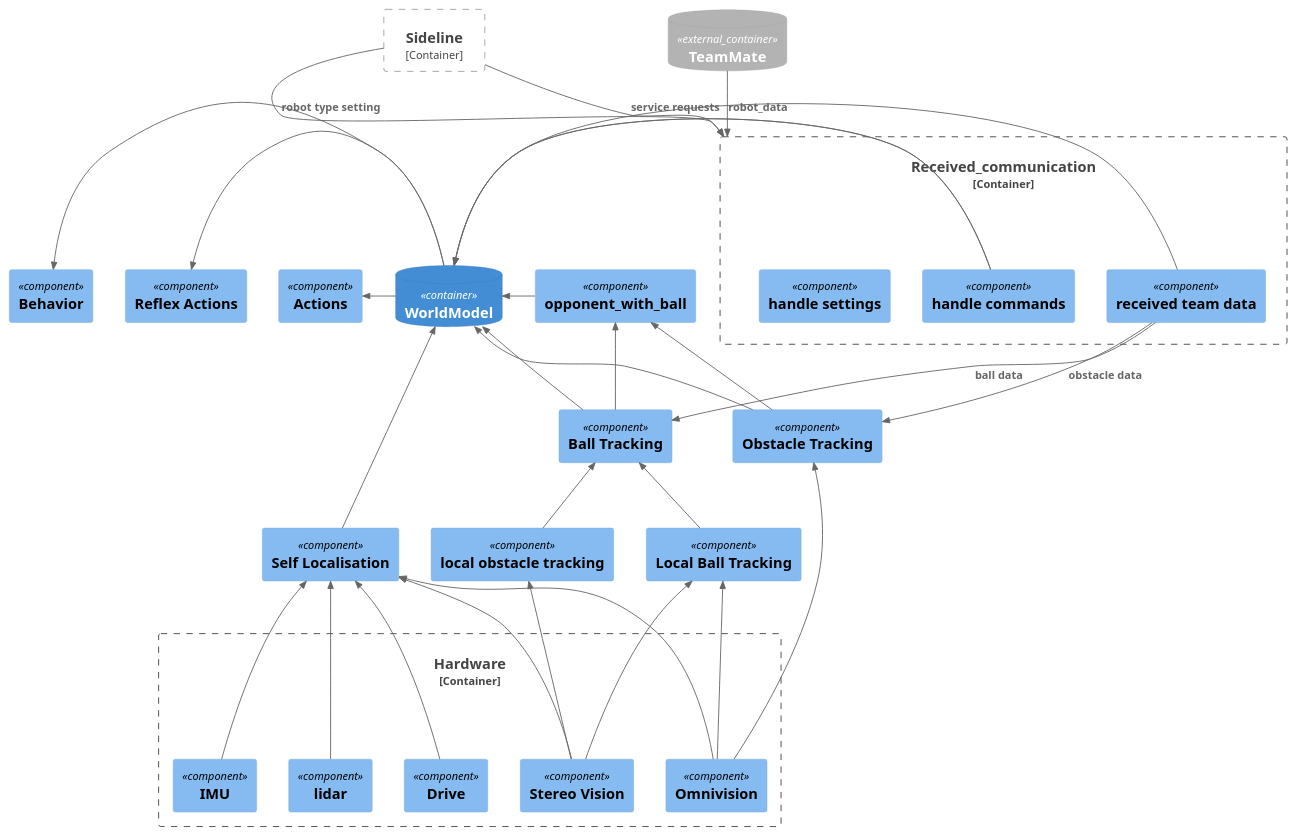
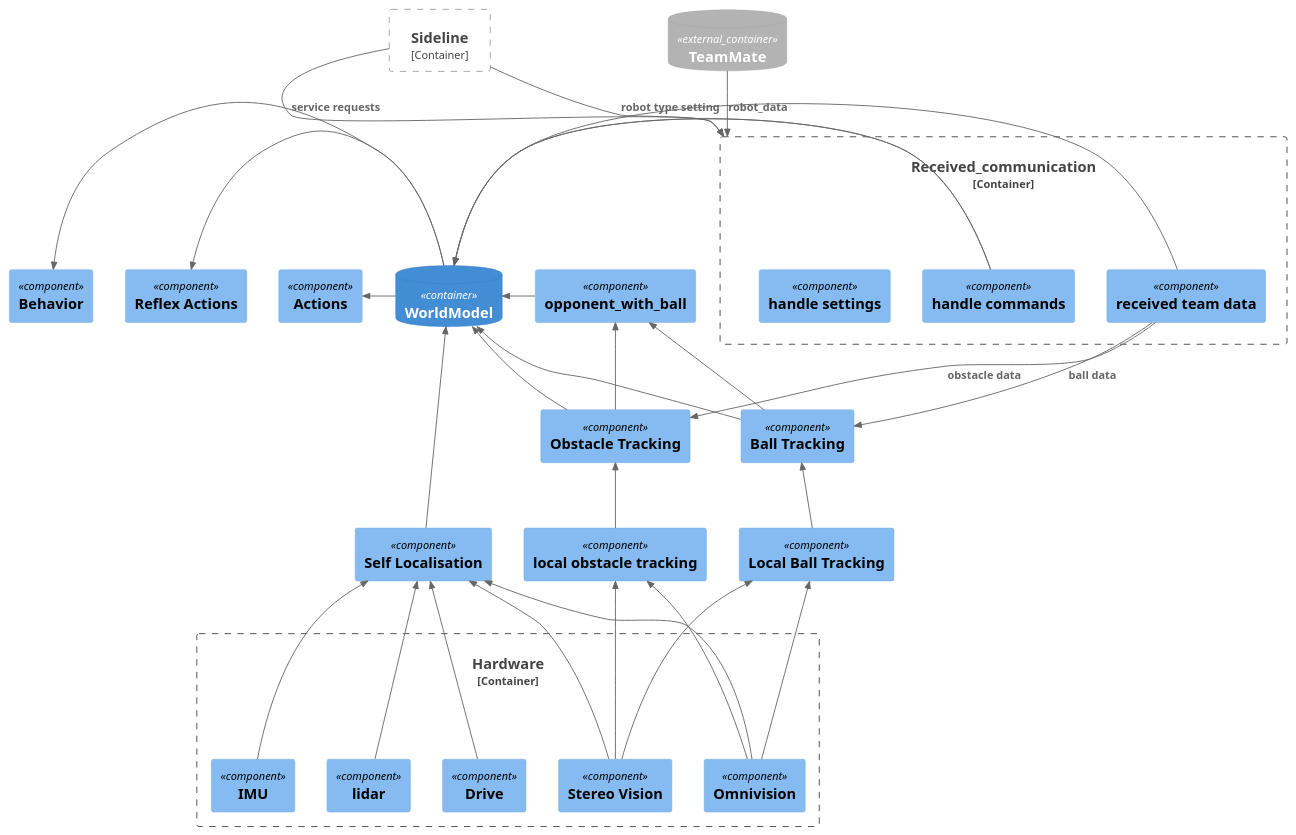
One commit to RoboCup-MSL/MRA-components changed the diagram in documentation/modules/ROOT/models/mra_worldmodel_layer.puml. Above: the diagram before and after it, drawn with PlantUML. The commit also changed 23 other files, not shown here.

Commit message:
Introduction Local Ball Tracking

```diff
--- a/documentation/modules/ROOT/models/mra_worldmodel_layer.puml
+++ b/documentation/modules/ROOT/models/mra_worldmodel_layer.puml
@@ -1,83 +1,83 @@
 @startuml
 !include https://raw.githubusercontent.com/plantuml-stdlib/C4-PlantUML/master/C4_Component.puml
 
 ContainerDb_Ext(TeamMate, "TeamMate")
 
 ContainerDb(WorldModel, "WorldModel")
 
 Container_Boundary(Hardware, "Hardware") {
     Component(drive, "Drive")
     Component(stereo_vision, "Stereo Vision")
     Component(omnivision, "Omnivision")
     Component(imu, "IMU")
     Component(lidar, "lidar")
 }
 
 Component(behavior, "Behavior")
 
 Component(actions, "Actions")
 
 Component(reflex, "Reflex Actions")
 
 Component(self_localisation, "Self Localisation")
 
 
 Component(local_obstacle_tracking, "local obstacle tracking") /' (in : obstacles (0:50)  out: obstacles (0:20) - pos+speed '/
 
 Component(Obstacle_tracking, "Obstacle Tracking")
 
 Component(ball_tracking, "Ball Tracking")
 
 Container_Boundary(Received_communication, "Received_communication") {
     Component(received_team_data, "received team data")
     Component(handle_commands, "handle commands")
     Component(handle_settings, "handle settings")
 }
 
 Container_Boundary(Sideline, "Sideline") {
 
 }
 
 
 Component(opponent_with_ball, "opponent_with_ball")
 Component(local_ball_tracking, "Local Ball Tracking")
 
-Rel_U(local_obstacle_tracking, ball_tracking, "")
+Rel_U(local_obstacle_tracking, Obstacle_tracking, "")
 Rel_U(Obstacle_tracking, opponent_with_ball, "")
 Rel_U(ball_tracking, opponent_with_ball, "")
 
-Rel_U(omnivision, Obstacle_tracking, "")
+Rel_U(omnivision, local_obstacle_tracking, "")
 Rel_U(stereo_vision, local_obstacle_tracking, "")
 Rel_U(omnivision, local_ball_tracking, "")
 Rel_U(stereo_vision, local_ball_tracking, "")
 
 Rel_U(local_ball_tracking, ball_tracking, "")
 Rel_L(opponent_with_ball, WorldModel, "")
 Rel_L(self_localisation, WorldModel, "")
 Rel_U(Obstacle_tracking, WorldModel, "")
 Rel_L(ball_tracking, WorldModel, "")
 Rel_R(received_team_data, WorldModel, "")
 Rel_R(handle_commands, WorldModel, "")
 Rel_R(handle_commands, WorldModel, "")
 Rel_D(received_team_data, ball_tracking, "ball data")
 Rel_D(received_team_data, Obstacle_tracking, "obstacle data")
 
 /' force order between WorldModel and behavior via a '/
 Rel_L(WorldModel, behavior, "")
 Rel_L(WorldModel, actions, "")
 Rel_L(WorldModel, reflex, "")
 
 
 Rel_U(omnivision, self_localisation, "")
 Rel_U(imu, self_localisation, "")
 Rel_U(lidar, self_localisation, "")
 Rel_U(stereo_vision, self_localisation, "")
 Rel_U(drive, self_localisation, "")
 
 
 Rel_D(TeamMate, Received_communication, "robot_data")
 Rel_D(Sideline, Received_communication, "service requests")
 Rel_D(Sideline, Received_communication, "robot type setting")
 
 
 @enduml
```
